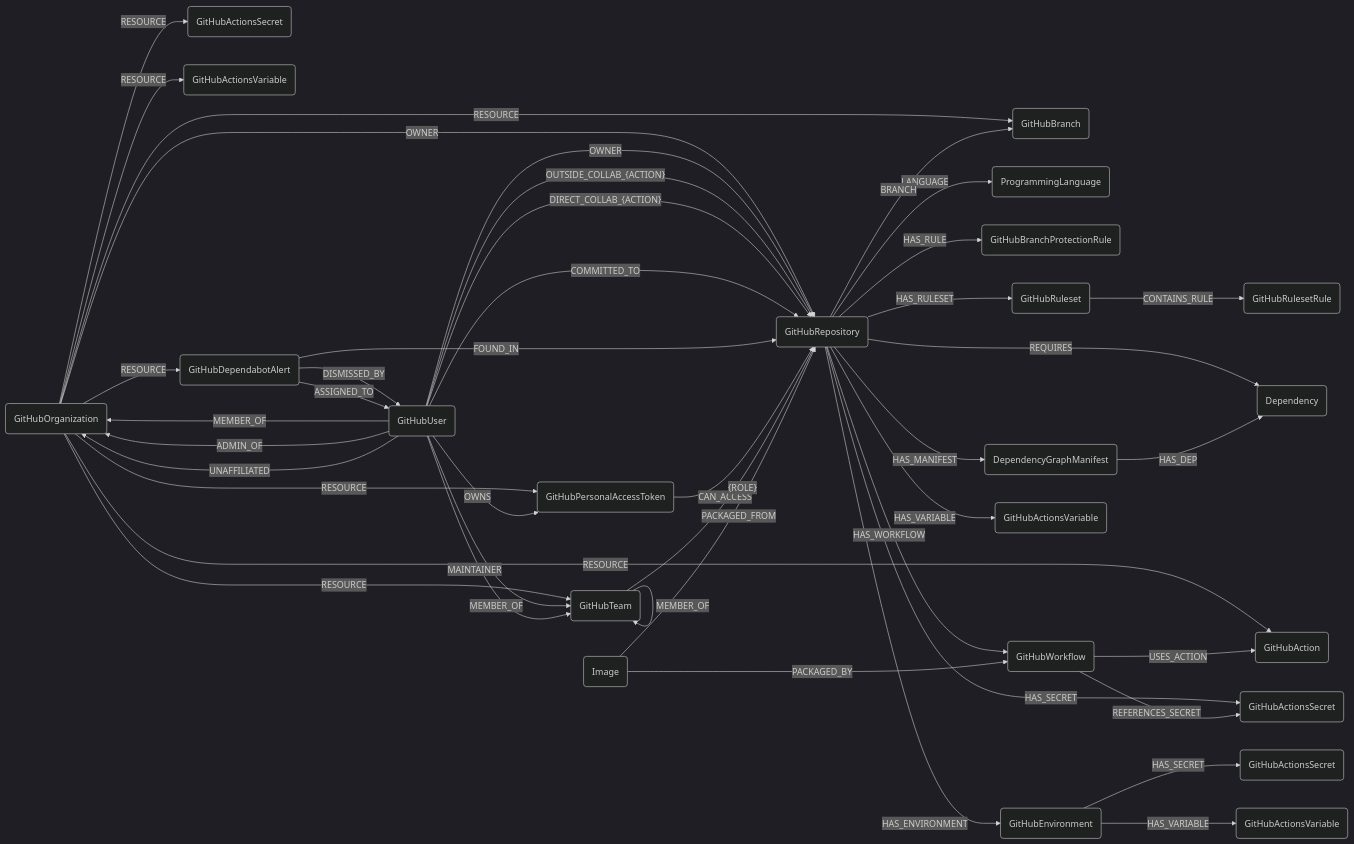
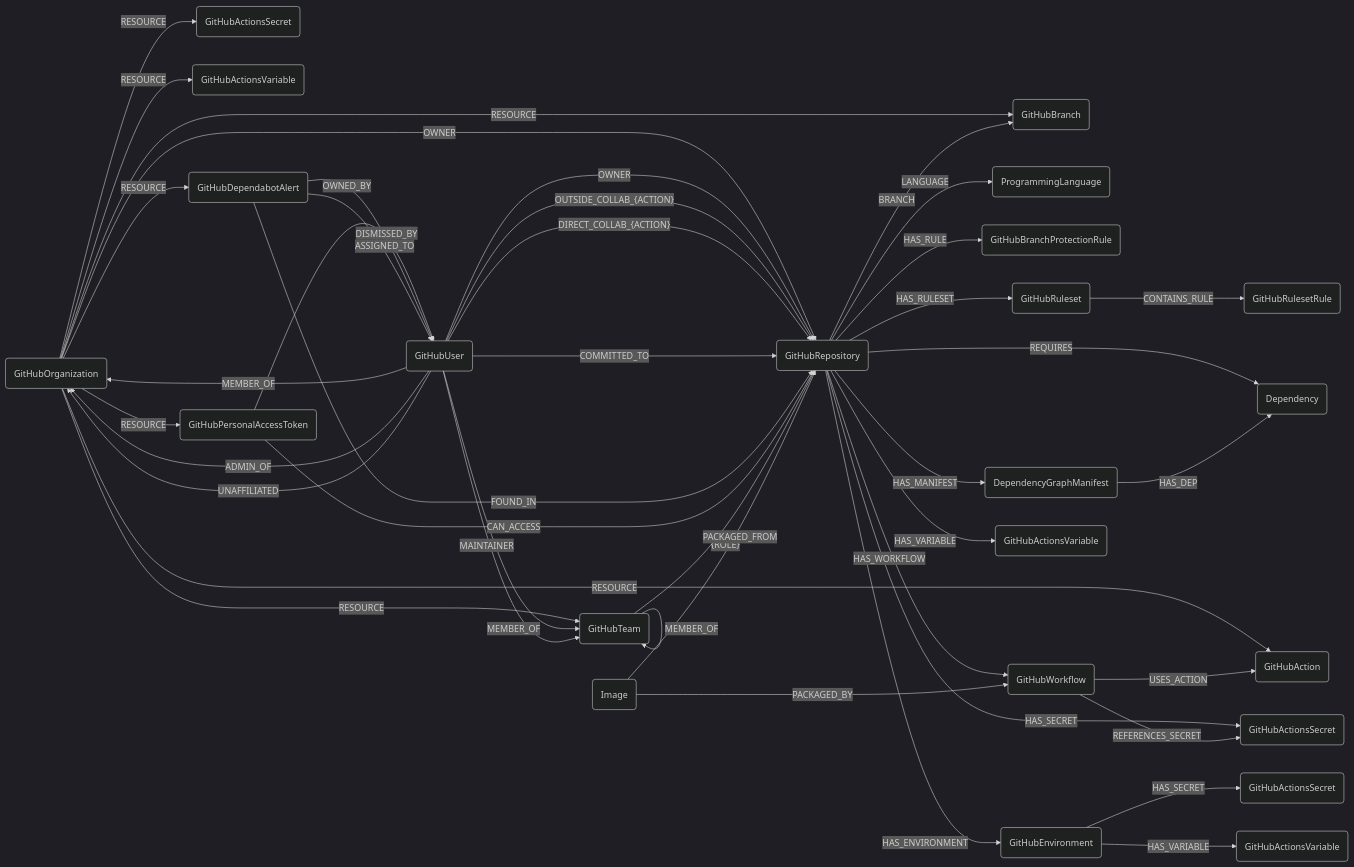
The diagram in docs/root/modules/github/schema.md (sec-js/cartography), drawn with Mermaid (dark theme) before and after one commit. The commit also changed other lines of this file and 31 other files, not shown here.

````diff
--- a/docs/root/modules/github/schema.md
+++ b/docs/root/modules/github/schema.md
@@ -3,46 +3,46 @@
 ```mermaid
 graph LR
 
 O(GitHubOrganization) -- OWNER --> R(GitHubRepository)
 O -- RESOURCE --> B(GitHubBranch)
 O -- RESOURCE --> T(GitHubTeam)
 O -- RESOURCE --> OS(GitHubActionsSecret)
 O -- RESOURCE --> OV(GitHubActionsVariable)
 O -- RESOURCE --> A(GitHubAction)
 O -- RESOURCE --> DA(GitHubDependabotAlert)
 O -- RESOURCE --> PAT(GitHubPersonalAccessToken)
 U(GitHubUser) -- MEMBER_OF --> O
 U -- ADMIN_OF --> O
 U -- UNAFFILIATED --> O
 U -- OWNER --> R
-U -- OWNS --> PAT
+PAT -- OWNED_BY --> U
 U -- OUTSIDE_COLLAB_{ACTION} --> R
 U -- DIRECT_COLLAB_{ACTION} --> R
 U -- COMMITTED_TO --> R
 R -- LANGUAGE --> L(ProgrammingLanguage)
 R -- BRANCH --> B(GitHubBranch)
 R -- HAS_RULE --> BPR(GitHubBranchProtectionRule)
 R -- HAS_RULESET --> GRS(GitHubRuleset)
 GRS -- CONTAINS_RULE --> RSR(GitHubRulesetRule)
 R -- REQUIRES --> D(Dependency)
 R -- HAS_MANIFEST --> M(DependencyGraphManifest)
 R -- HAS_WORKFLOW --> W(GitHubWorkflow)
 R -- HAS_SECRET --> RS(GitHubActionsSecret)
 R -- HAS_VARIABLE --> RV(GitHubActionsVariable)
 R -- HAS_ENVIRONMENT --> E(GitHubEnvironment)
 DA -- FOUND_IN --> R
 DA -- DISMISSED_BY --> U
 DA -- ASSIGNED_TO --> U
 PAT -- CAN_ACCESS --> R
 W -- USES_ACTION --> A(GitHubAction)
 W -- REFERENCES_SECRET --> RS
 E -- HAS_SECRET --> ES(GitHubActionsSecret)
 E -- HAS_VARIABLE --> EV(GitHubActionsVariable)
 M -- HAS_DEP --> D
 T -- {ROLE} --> R
 T -- MEMBER_OF --> T
 U -- MEMBER_OF --> T
 U -- MAINTAINER --> T
 I(Image) -- PACKAGED_FROM --> R
 I(Image) -- PACKAGED_BY --> W
 ```
````
